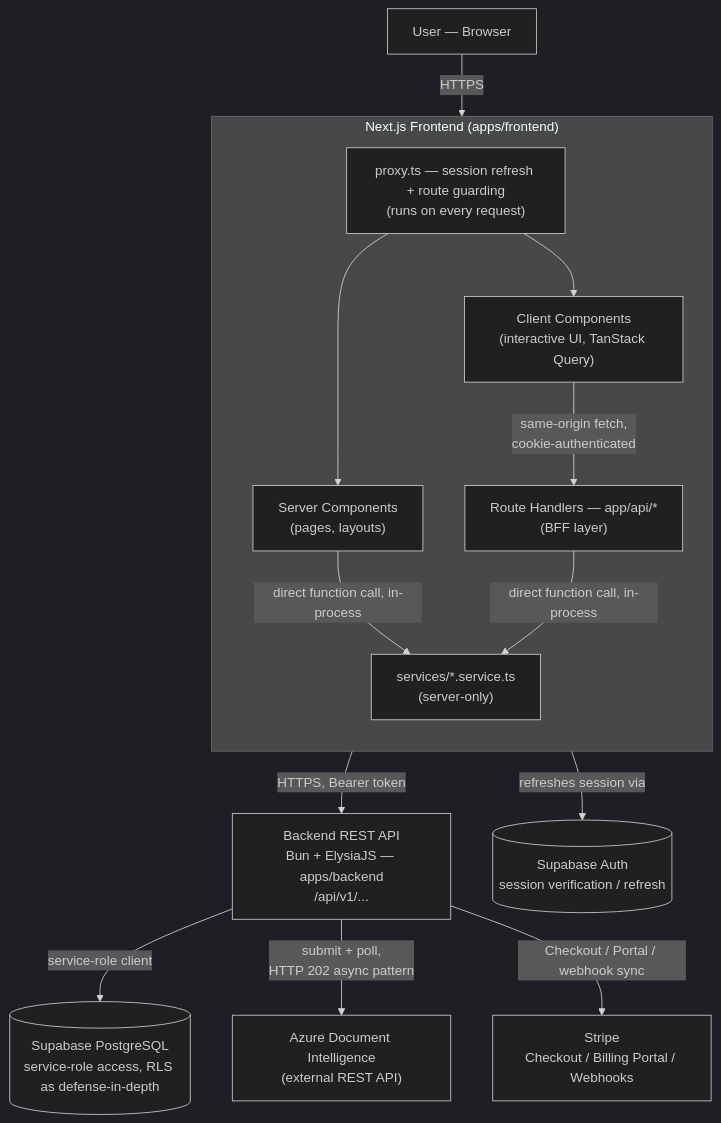
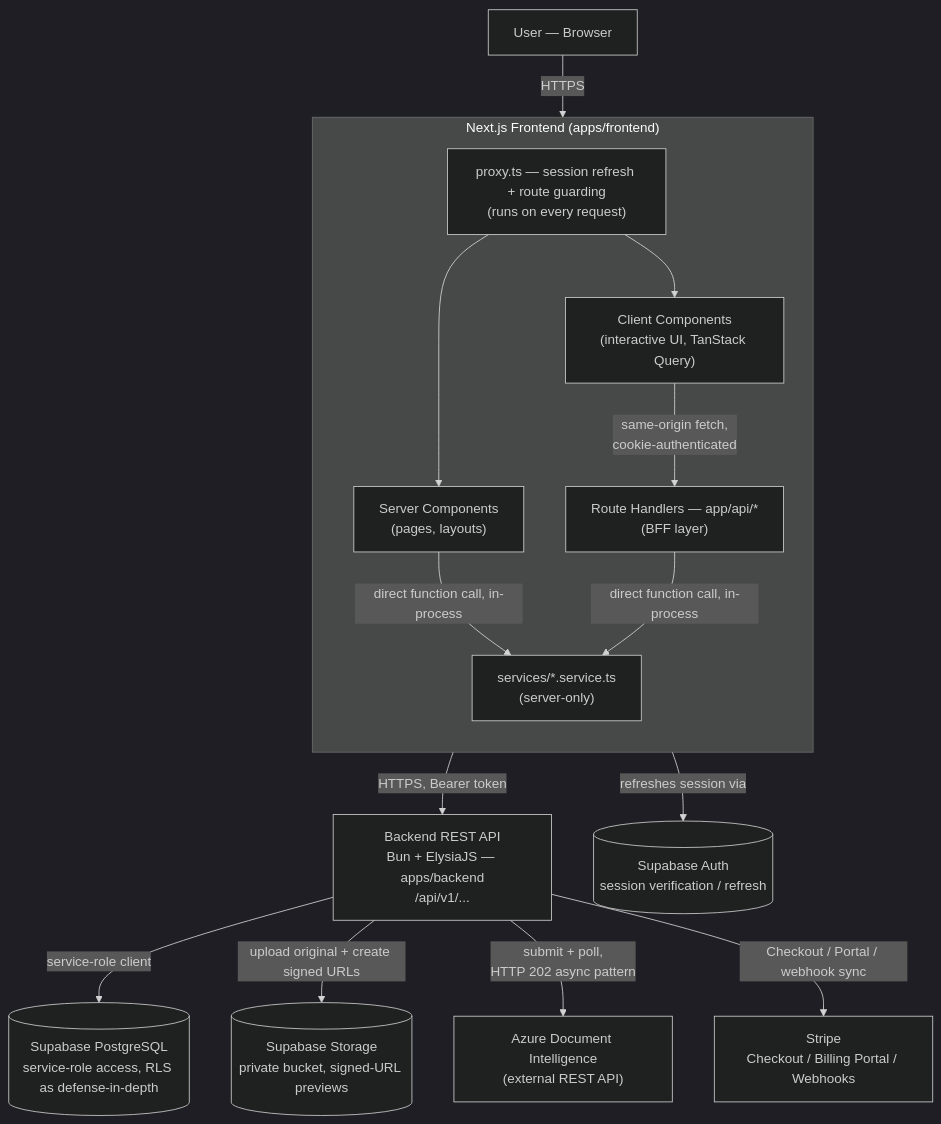
One commit to danilokosam/TNDA-AI changed the first of 5 diagrams in ARCHITECTURE.md. Above: the diagram before and after it, drawn with Mermaid (dark theme). The commit also changed other lines of this file and 33 other files, not shown here.

````diff
--- a/ARCHITECTURE.md
+++ b/ARCHITECTURE.md
@@ -70,33 +70,35 @@
 ```mermaid
 graph TD
     User["User — Browser"]
 
     subgraph NextApp["Next.js Frontend (apps/frontend)"]
         direction TB
         Proxy["proxy.ts — session refresh + route guarding<br/>(runs on every request)"]
         ServerComp["Server Components<br/>(pages, layouts)"]
         ClientComp["Client Components<br/>(interactive UI, TanStack Query)"]
         BFF["Route Handlers — app/api/*<br/>(BFF layer)"]
         Services["services/*.service.ts<br/>(server-only)"]
     end
 
     Backend["Backend REST API<br/>Bun + ElysiaJS — apps/backend<br/>/api/v1/..."]
 
     SupaAuth[("Supabase Auth<br/>session verification / refresh")]
     SupaDB[("Supabase PostgreSQL<br/>service-role access, RLS as defense-in-depth")]
+    SupaStorage[("Supabase Storage<br/>private bucket, signed-URL previews")]
     Azure["Azure Document Intelligence<br/>(external REST API)"]
     Stripe["Stripe<br/>Checkout / Billing Portal / Webhooks"]
 
     User -->|HTTPS| Proxy
     Proxy -->|refreshes session via| SupaAuth
     Proxy --> ServerComp
     Proxy --> ClientComp
     ServerComp -->|direct function call, in-process| Services
     ClientComp -->|same-origin fetch,<br/>cookie-authenticated| BFF
     BFF -->|direct function call, in-process| Services
     Services -->|HTTPS, Bearer token| Backend
 
     Backend -->|service-role client| SupaDB
+    Backend -->|upload original + create signed URLs| SupaStorage
     Backend -->|submit + poll,<br/>HTTP 202 async pattern| Azure
     Backend -->|Checkout / Portal / webhook sync| Stripe
 ```
````
